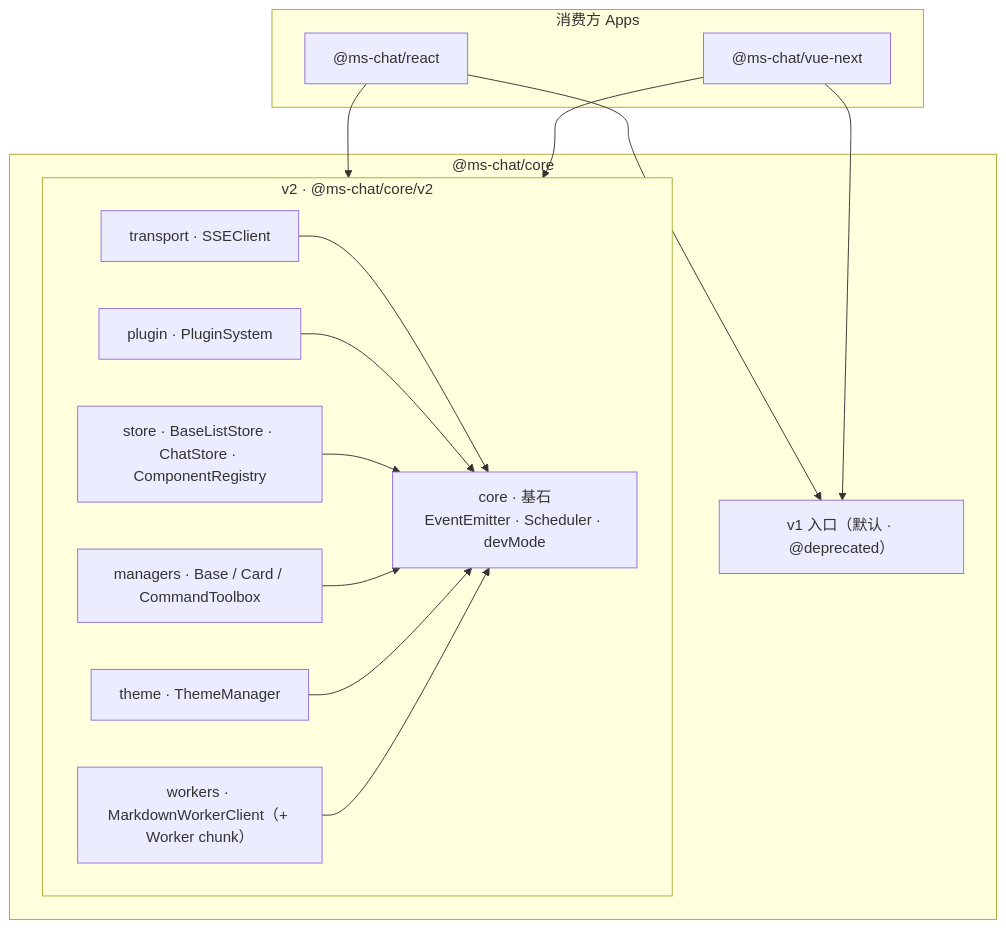
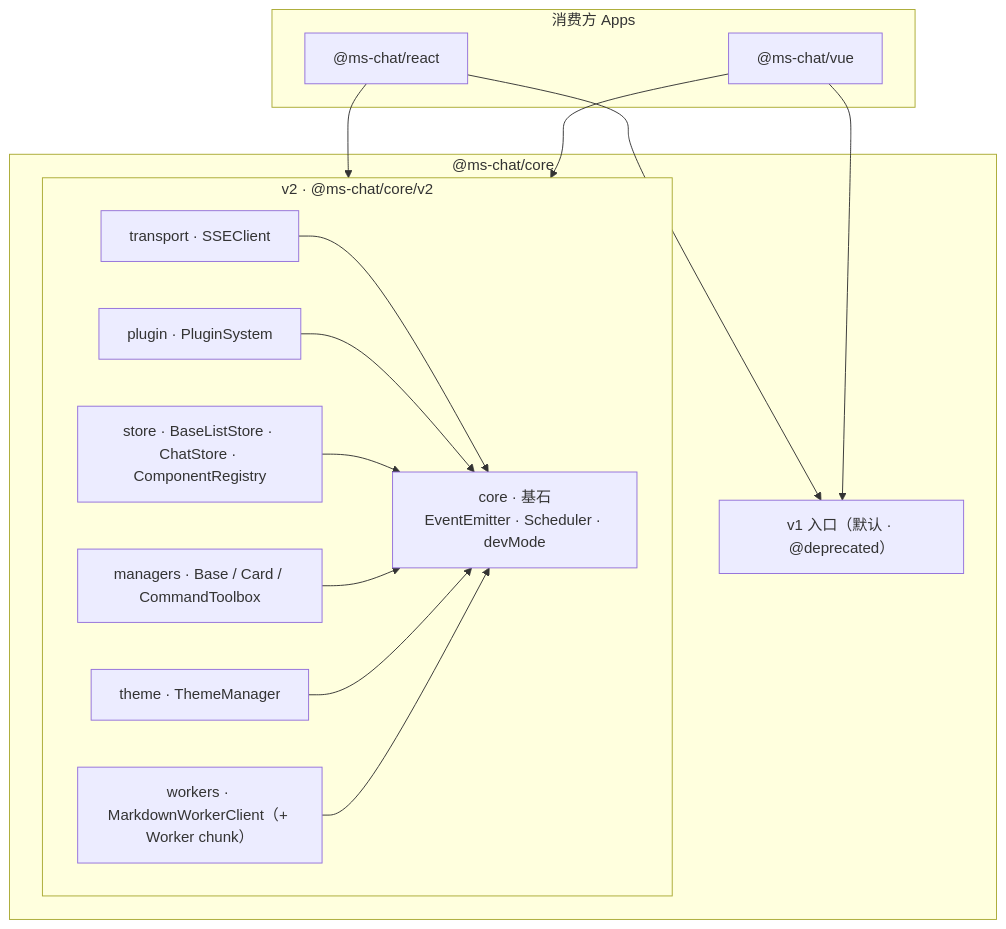
Before and after one commit to lufeiz/ms-chat: the first of 4 diagrams in README.md, drawn with Mermaid. The commit also changed other lines of this file, not shown here.

````diff
--- a/README.md
+++ b/README.md
@@ -44,29 +44,29 @@
 ```mermaid
 graph TB
   subgraph consumers["消费方 Apps"]
     R["@ms-chat/react"]
-    V["@ms-chat/vue-next"]
+    V["@ms-chat/vue"]
   end
   subgraph core["@ms-chat/core"]
     V1["v1 入口（默认 · @deprecated）"]
     subgraph V2["v2 · @ms-chat/core/v2"]
       F["core · 基石<br/>EventEmitter · Scheduler · devMode"]
       T["transport · SSEClient"]
       P["plugin · PluginSystem"]
       S["store · BaseListStore · ChatStore · ComponentRegistry"]
       M["managers · Base / Card / CommandToolbox"]
       TH["theme · ThemeManager"]
       W["workers · MarkdownWorkerClient（+ Worker chunk）"]
     end
   end
   R --> V1
   V --> V1
   R --> V2
   V --> V2
   T --> F
   P --> F
   S --> F
   M --> F
   TH --> F
   W --> F
 ```
````
